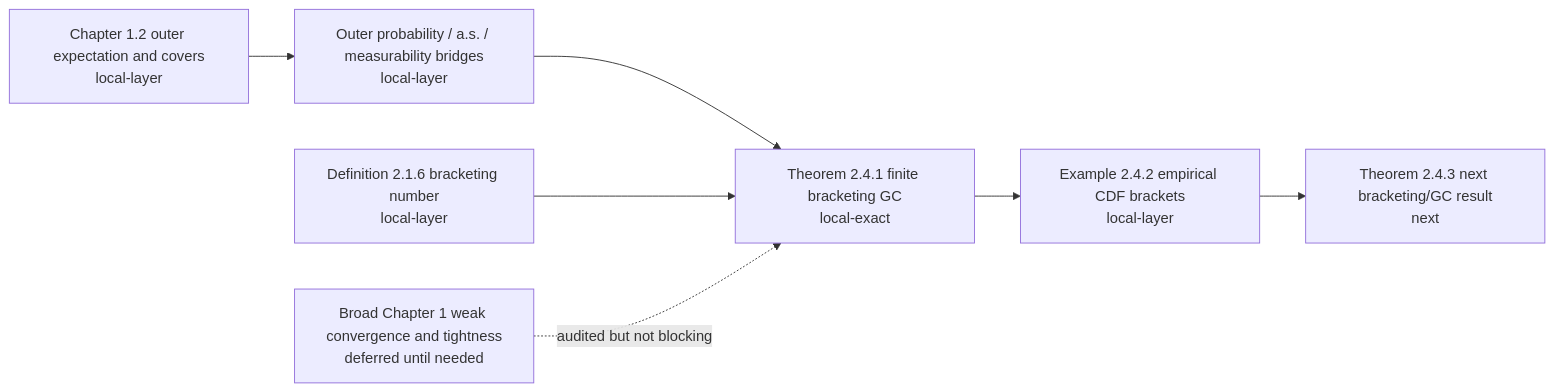
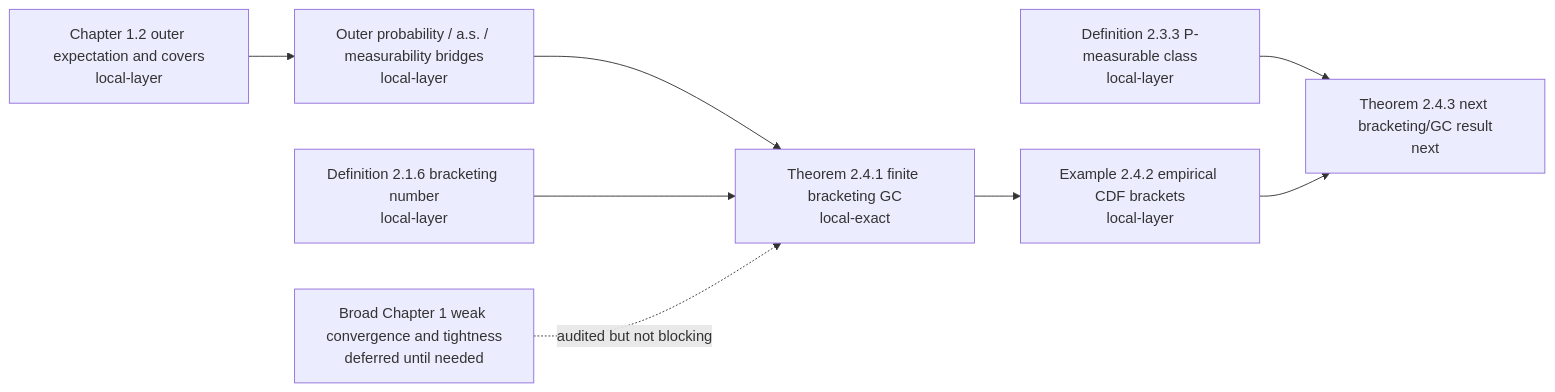
Before and after one commit to ykzeng-yale/EmpericalProcessLEAN: the diagram in docs/vdvw_chapter1_2_progress_dashboard.md, drawn with Mermaid. The commit also changed other lines of this file and 6 other files, not shown here.

````diff
--- a/docs/vdvw_chapter1_2_progress_dashboard.md
+++ b/docs/vdvw_chapter1_2_progress_dashboard.md
@@ -57,17 +57,19 @@
 ```mermaid
 flowchart LR
   C12["Chapter 1.2 outer expectation and covers<br/>local-layer"]
   OP["Outer probability / a.s. / measurability bridges<br/>local-layer"]
+  PM["Definition 2.3.3 P-measurable class<br/>local-layer"]
   BR["Definition 2.1.6 bracketing number<br/>local-layer"]
   T241["Theorem 2.4.1 finite bracketing GC<br/>local-exact"]
   E242["Example 2.4.2 empirical CDF brackets<br/>local-layer"]
   T243["Theorem 2.4.3 next bracketing/GC result<br/>next"]
   GCH1["Broad Chapter 1 weak convergence and tightness<br/>deferred until needed"]
 
   C12 --> OP
   OP --> T241
+  PM --> T243
   BR --> T241
   T241 --> E242
   E242 --> T243
   GCH1 -. audited but not blocking .-> T241
 ```
````
